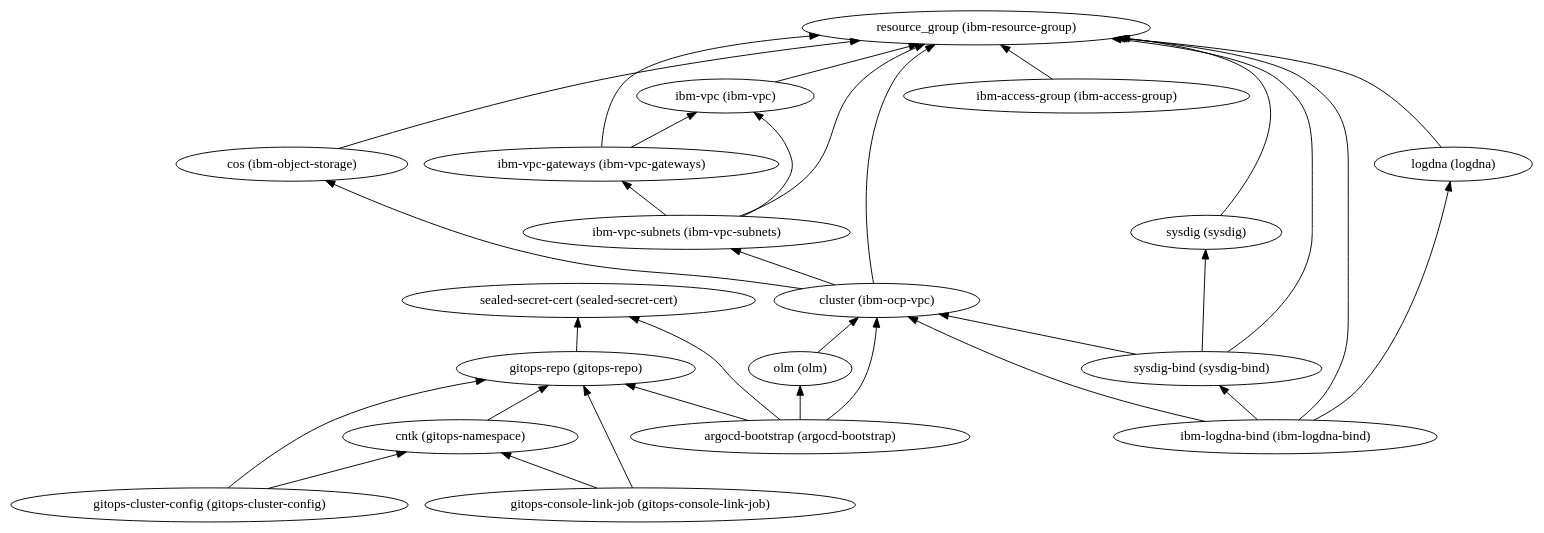
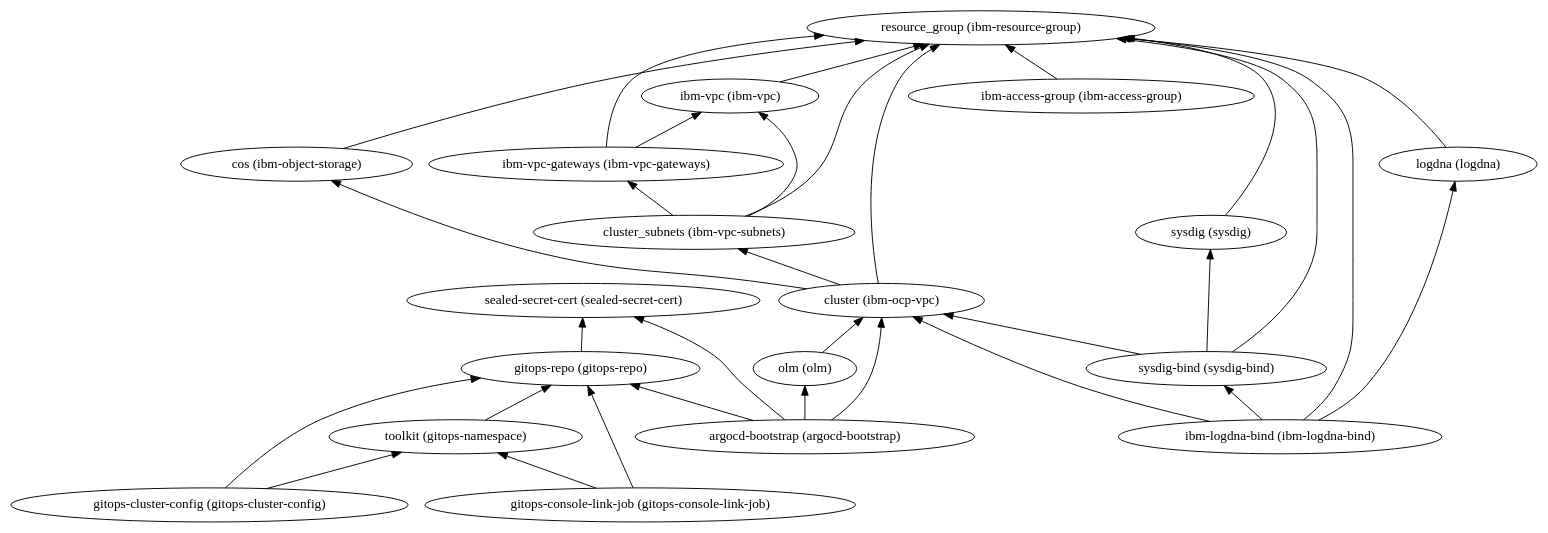
Before and after one commit to IBM/automation-ibmcloud-infra-openshift: the diagram in automation/1-quickstart/110-vpc-openshift/dependencies.dot, drawn with Graphviz. The commit also changed 6 other files, not shown here.

Commit message:
Regenerates bom with toolkit namespace name

```diff
--- a/automation/1-quickstart/110-vpc-openshift/dependencies.dot
+++ b/automation/1-quickstart/110-vpc-openshift/dependencies.dot
@@ -1,52 +1,52 @@
 digraph {
     rankdir="BT"
     "argocd-bootstrap (argocd-bootstrap)" -> "cluster (ibm-ocp-vpc)"
 "argocd-bootstrap (argocd-bootstrap)" -> "olm (olm)"
 "argocd-bootstrap (argocd-bootstrap)" -> "gitops-repo (gitops-repo)"
 "argocd-bootstrap (argocd-bootstrap)" -> "sealed-secret-cert (sealed-secret-cert)"
 "argocd-bootstrap (argocd-bootstrap)"
 "cluster (ibm-ocp-vpc)" -> "resource_group (ibm-resource-group)"
 "cluster (ibm-ocp-vpc)" -> "cos (ibm-object-storage)"
-"cluster (ibm-ocp-vpc)" -> "ibm-vpc-subnets (ibm-vpc-subnets)"
+"cluster (ibm-ocp-vpc)" -> "cluster_subnets (ibm-vpc-subnets)"
 "cluster (ibm-ocp-vpc)"
 "resource_group (ibm-resource-group)"
 "cos (ibm-object-storage)" -> "resource_group (ibm-resource-group)"
 "cos (ibm-object-storage)"
-"ibm-vpc-subnets (ibm-vpc-subnets)" -> "resource_group (ibm-resource-group)"
-"ibm-vpc-subnets (ibm-vpc-subnets)" -> "ibm-vpc (ibm-vpc)"
-"ibm-vpc-subnets (ibm-vpc-subnets)" -> "ibm-vpc-gateways (ibm-vpc-gateways)"
-"ibm-vpc-subnets (ibm-vpc-subnets)"
+"cluster_subnets (ibm-vpc-subnets)" -> "resource_group (ibm-resource-group)"
+"cluster_subnets (ibm-vpc-subnets)" -> "ibm-vpc (ibm-vpc)"
+"cluster_subnets (ibm-vpc-subnets)" -> "ibm-vpc-gateways (ibm-vpc-gateways)"
+"cluster_subnets (ibm-vpc-subnets)"
 "ibm-vpc (ibm-vpc)" -> "resource_group (ibm-resource-group)"
 "ibm-vpc (ibm-vpc)"
 "ibm-vpc-gateways (ibm-vpc-gateways)" -> "resource_group (ibm-resource-group)"
 "ibm-vpc-gateways (ibm-vpc-gateways)" -> "ibm-vpc (ibm-vpc)"
 "ibm-vpc-gateways (ibm-vpc-gateways)"
 "olm (olm)" -> "cluster (ibm-ocp-vpc)"
 "olm (olm)"
 "gitops-repo (gitops-repo)" -> "sealed-secret-cert (sealed-secret-cert)"
 "gitops-repo (gitops-repo)"
 "sealed-secret-cert (sealed-secret-cert)"
 "gitops-cluster-config (gitops-cluster-config)" -> "gitops-repo (gitops-repo)"
-"gitops-cluster-config (gitops-cluster-config)" -> "cntk (gitops-namespace)"
+"gitops-cluster-config (gitops-cluster-config)" -> "toolkit (gitops-namespace)"
 "gitops-cluster-config (gitops-cluster-config)"
-"cntk (gitops-namespace)" -> "gitops-repo (gitops-repo)"
-"cntk (gitops-namespace)"
+"toolkit (gitops-namespace)" -> "gitops-repo (gitops-repo)"
+"toolkit (gitops-namespace)"
 "gitops-console-link-job (gitops-console-link-job)" -> "gitops-repo (gitops-repo)"
-"gitops-console-link-job (gitops-console-link-job)" -> "cntk (gitops-namespace)"
+"gitops-console-link-job (gitops-console-link-job)" -> "toolkit (gitops-namespace)"
 "gitops-console-link-job (gitops-console-link-job)"
 "ibm-access-group (ibm-access-group)" -> "resource_group (ibm-resource-group)"
 "ibm-access-group (ibm-access-group)"
 "sysdig-bind (sysdig-bind)" -> "cluster (ibm-ocp-vpc)"
 "sysdig-bind (sysdig-bind)" -> "resource_group (ibm-resource-group)"
 "sysdig-bind (sysdig-bind)" -> "sysdig (sysdig)"
 "sysdig-bind (sysdig-bind)"
 "sysdig (sysdig)" -> "resource_group (ibm-resource-group)"
 "sysdig (sysdig)"
 "ibm-logdna-bind (ibm-logdna-bind)" -> "cluster (ibm-ocp-vpc)"
 "ibm-logdna-bind (ibm-logdna-bind)" -> "resource_group (ibm-resource-group)"
 "ibm-logdna-bind (ibm-logdna-bind)" -> "logdna (logdna)"
 "ibm-logdna-bind (ibm-logdna-bind)" -> "sysdig-bind (sysdig-bind)"
 "ibm-logdna-bind (ibm-logdna-bind)"
 "logdna (logdna)" -> "resource_group (ibm-resource-group)"
 "logdna (logdna)"
   }
```
